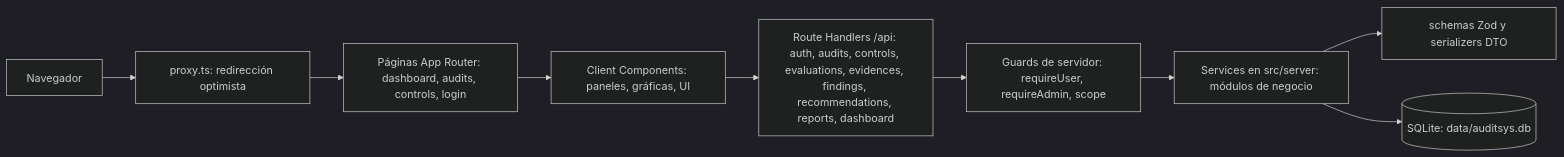
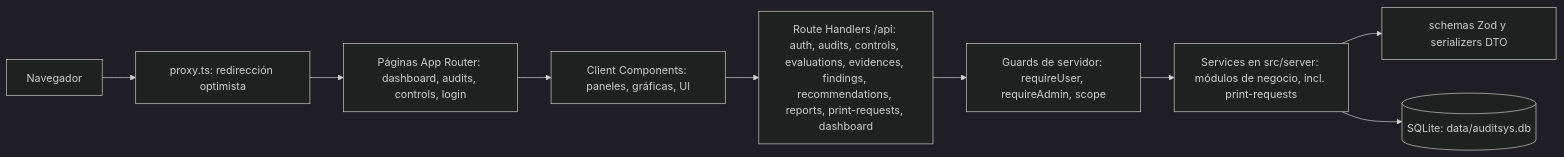
Before and after one commit to Juanito-boop/auditsys-mini: the third of 3 diagrams in docs/DOCUMENTACION.md, drawn with Mermaid (dark theme). The commit also changed other lines of this file and 1 other file, not shown here.

````diff
--- a/docs/DOCUMENTACION.md
+++ b/docs/DOCUMENTACION.md
@@ -176,11 +193,11 @@
 ```mermaid
 flowchart LR
     N[Navegador] --> P["proxy.ts: redirección optimista"]
     P --> PG["Páginas App Router: dashboard, audits, controls, login"]
     PG --> UI["Client Components: paneles, gráficas, UI"]
-    UI --> API["Route Handlers /api: auth, audits, controls, evaluations, evidences, findings, recommendations, reports, dashboard"]
+    UI --> API["Route Handlers /api: auth, audits, controls, evaluations, evidences, findings, recommendations, reports, print-requests, dashboard"]
     API --> G["Guards de servidor: requireUser, requireAdmin, scope"]
-    G --> S["Services en src/server: módulos de negocio"]
+    G --> S["Services en src/server: módulos de negocio, incl. print-requests"]
     S --> C[schemas Zod y serializers DTO]
     S --> DB[("SQLite: data/auditsys.db")]
 ```
````
